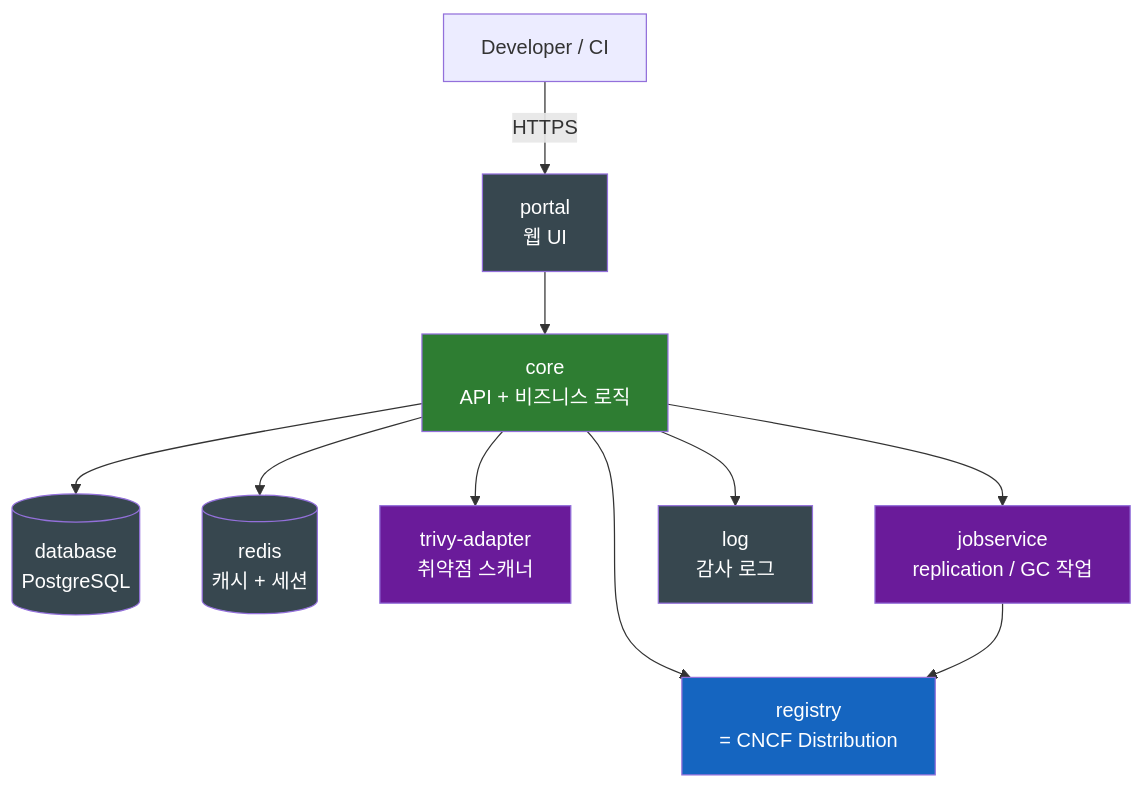
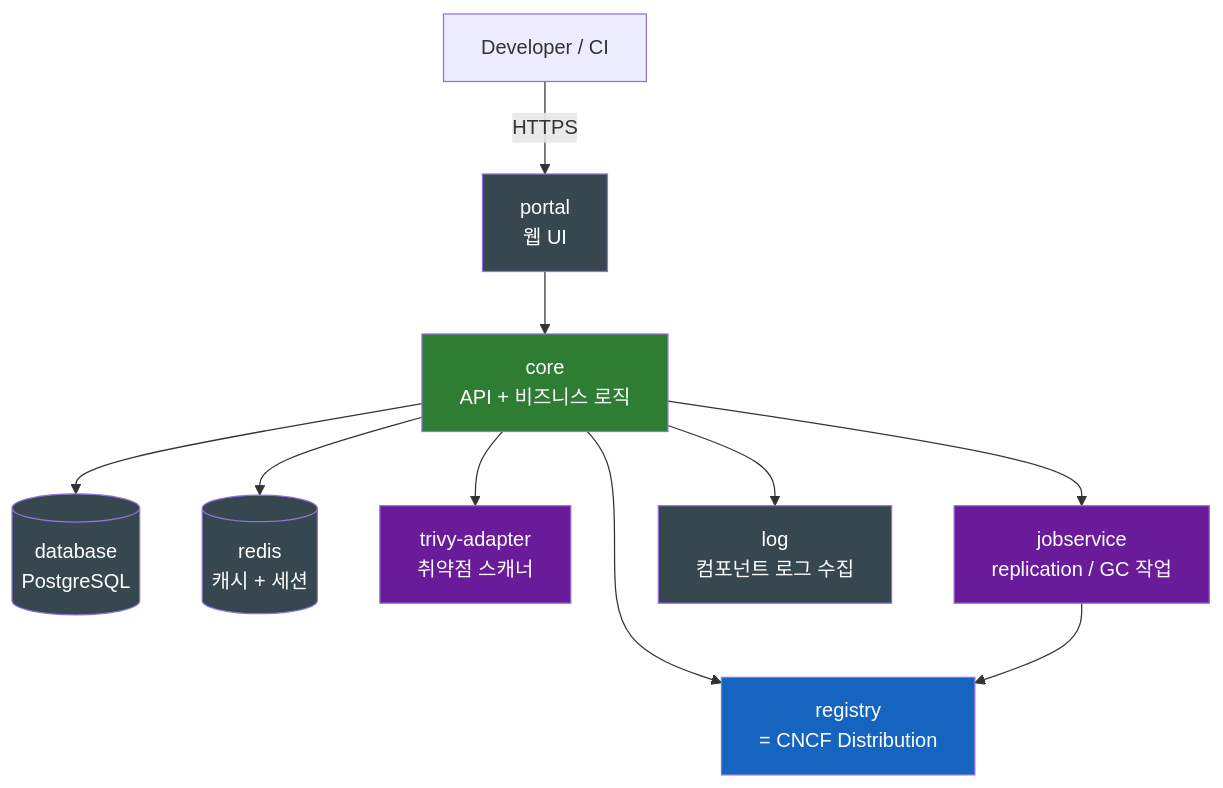
The third of 3 diagrams in kubernetes/Harbor-왜-회사들은-사내-컨테이너-레지스트리를-두는가.md (sskim91/TIL), drawn with Mermaid before and after one commit. The commit also changed other lines of this file and 39 other files, not shown here.

````diff
--- a/kubernetes/Harbor-왜-회사들은-사내-컨테이너-레지스트리를-두는가.md
+++ b/kubernetes/Harbor-왜-회사들은-사내-컨테이너-레지스트리를-두는가.md
@@ -206,31 +194,31 @@
 ```mermaid
 flowchart TB
     User[Developer / CI]
     Portal[portal<br>웹 UI]
     Core[core<br>API + 비즈니스 로직]
     DB[(database<br>PostgreSQL)]
     Cache[(redis<br>캐시 + 세션)]
     Registry[registry<br>= CNCF Distribution]
     Trivy[trivy-adapter<br>취약점 스캐너]
     Job[jobservice<br>replication / GC 작업]
-    Log[log<br>감사 로그]
+    Log[log<br>컴포넌트 로그 수집]
 
     User -->|HTTPS| Portal
     Portal --> Core
     Core --> DB
     Core --> Cache
     Core --> Registry
     Core --> Trivy
     Core --> Job
     Core --> Log
     Job --> Registry
 
     style Registry fill:#1565C0,color:#fff
     style Core fill:#2E7D32,color:#fff
     style Trivy fill:#6A1B9A,color:#fff
     style Job fill:#6A1B9A,color:#fff
     style Portal fill:#37474F,color:#fff
     style DB fill:#37474F,color:#fff
     style Cache fill:#37474F,color:#fff
     style Log fill:#37474F,color:#fff
 ```
````
